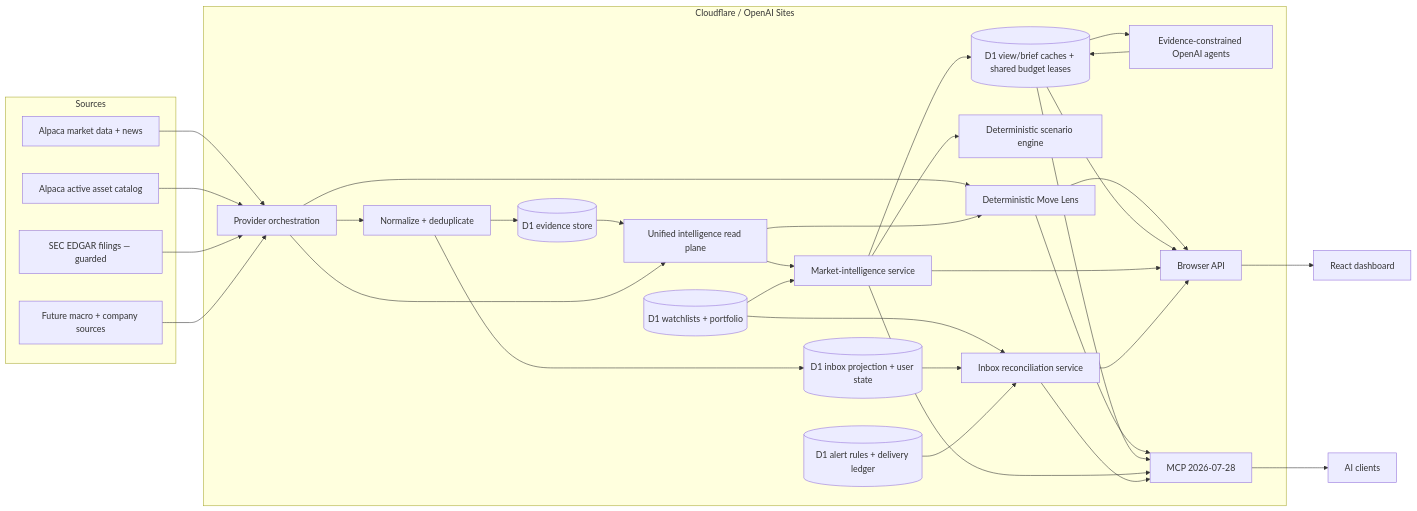
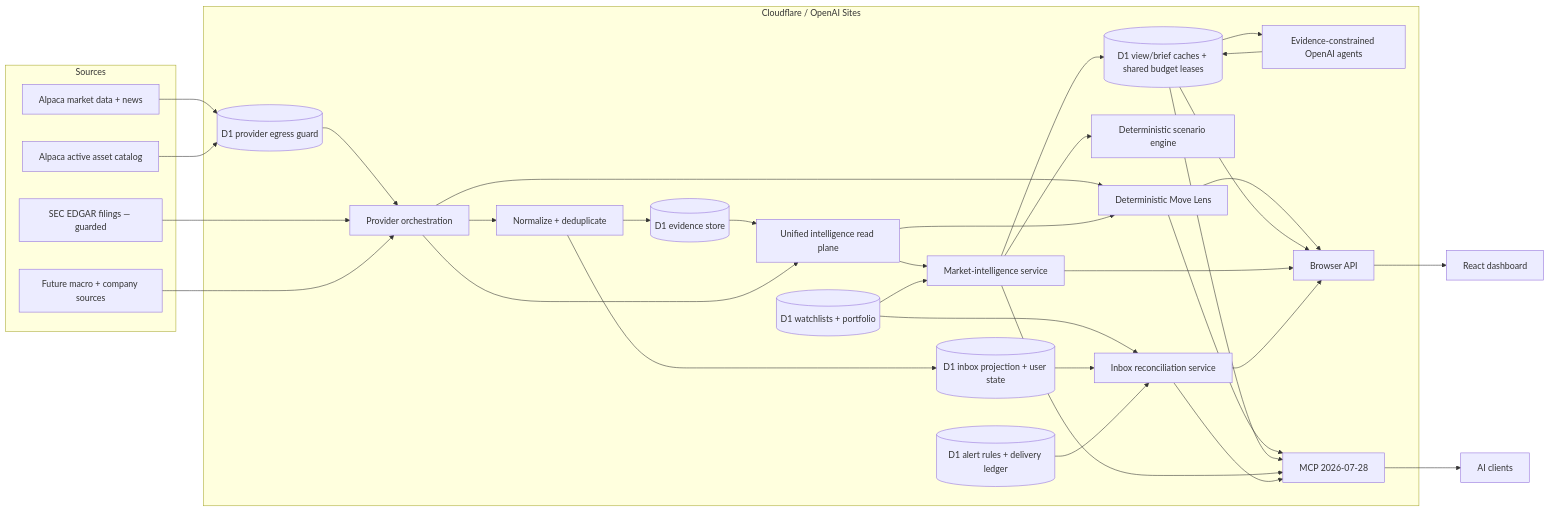
One commit to jonxsong/Omnigaze changed the diagram in docs/architecture.md. Above: the diagram before and after it, drawn with Mermaid. The commit also changed other lines of this file and 81 other files, not shown here.

Commit message:
feat: harden provider egress and add data export

````diff
--- a/docs/architecture.md
+++ b/docs/architecture.md
@@ -5,58 +5,59 @@
 ```mermaid
 flowchart LR
   subgraph Sources
     Alpaca[Alpaca market data + news]
     Assets[Alpaca active asset catalog]
     SEC[SEC EDGAR filings — guarded]
     Future[Future macro + company sources]
   end
 
   subgraph Edge[Cloudflare / OpenAI Sites]
     Ingest[Provider orchestration]
+    ProviderGuard[(D1 provider egress guard)]
     Normalize[Normalize + deduplicate]
     D1[(D1 evidence store)]
     Portfolio[(D1 watchlists + portfolio)]
     Inbox[(D1 inbox projection + user state)]
     Alerts[(D1 alert rules + delivery ledger)]
     Domain[Market-intelligence service]
     ReadPlane[Unified intelligence read plane]
     InboxService[Inbox reconciliation service]
     Scenarios[Deterministic scenario engine]
     MoveLens[Deterministic Move Lens]
     AIGuard[(D1 view/brief caches + shared budget leases)]
     Agent[Evidence-constrained OpenAI agents]
     API[Browser API]
     MCP[MCP 2026-07-28]
   end
 
   UI[React dashboard]
   Clients[AI clients]
 
-  Alpaca --> Ingest
-  Assets --> Ingest
+  Alpaca --> ProviderGuard --> Ingest
+  Assets --> ProviderGuard
   SEC --> Ingest
   Future --> Ingest
   Ingest --> Normalize --> D1
   Normalize --> Inbox
   Portfolio --> InboxService
   Inbox --> InboxService
   Alerts --> InboxService
   D1 --> ReadPlane
   Ingest --> ReadPlane
   ReadPlane --> Domain
   Portfolio --> Domain
   Domain --> Scenarios
   Ingest --> MoveLens
   ReadPlane --> MoveLens
   MoveLens --> API
   MoveLens --> MCP
   Domain --> AIGuard
   AIGuard --> Agent
   Agent --> AIGuard
   AIGuard --> API
   AIGuard --> MCP
   Domain --> API --> UI
   InboxService --> API
   Domain --> MCP --> Clients
   InboxService --> MCP
 ```
````
